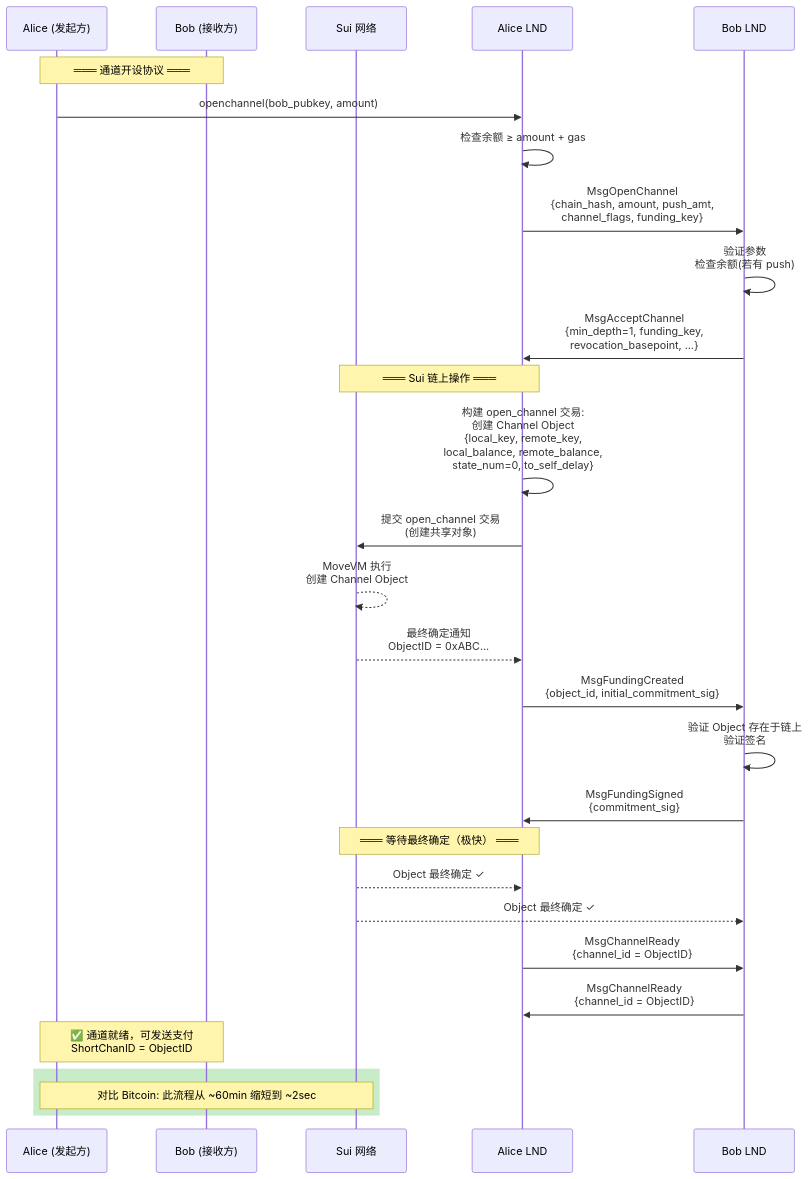
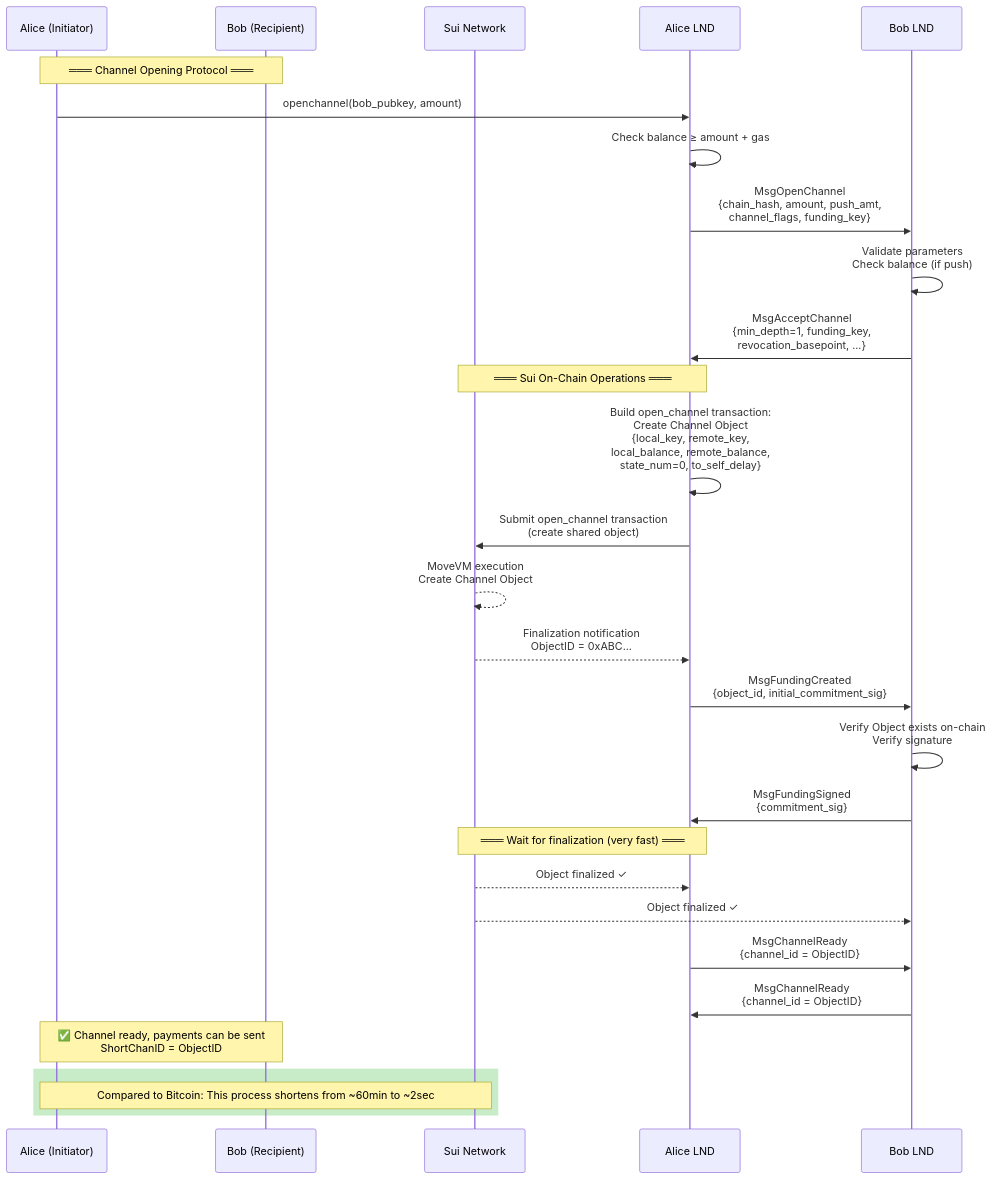
The fourth of 9 diagrams in 1-refactor-docs/sui/lnd-and-sui-integration.md (loka-network/loka-p2p-lnd), drawn with Mermaid before and after one commit. The commit also changed other lines of this file and 12 other files, not shown here.

````diff
--- a/1-refactor-docs/sui/lnd-and-sui-integration.md
+++ b/1-refactor-docs/sui/lnd-and-sui-integration.md
@@ -162,44 +162,44 @@
 ```mermaid
 sequenceDiagram
-    participant Alice as Alice (发起方)
-    participant Bob as Bob (接收方)
-    participant Sui as Sui 网络
+    participant Alice as Alice (Initiator)
+    participant Bob as Bob (Recipient)
+    participant Sui as Sui Network
     participant LND_A as Alice LND
     participant LND_B as Bob LND
 
-    Note over Alice, Bob: ═══ 通道开设协议 ═══
+    Note over Alice, Bob: ═══ Channel Opening Protocol ═══
 
     Alice->>LND_A: openchannel(bob_pubkey, amount)
-    LND_A->>LND_A: 检查余额 ≥ amount + gas
+    LND_A->>LND_A: Check balance ≥ amount + gas
     LND_A->>LND_B: MsgOpenChannel<br/>{chain_hash, amount, push_amt,<br/>channel_flags, funding_key}
 
-    LND_B->>LND_B: 验证参数<br/>检查余额(若有 push)
+    LND_B->>LND_B: Validate parameters<br/>Check balance (if push)
     LND_B->>LND_A: MsgAcceptChannel<br/>{min_depth=1, funding_key,<br/>revocation_basepoint, ...}
 
-    Note over LND_A, Sui: ═══ Sui 链上操作 ═══
+    Note over LND_A, Sui: ═══ Sui On-Chain Operations ═══
 
-    LND_A->>LND_A: 构建 open_channel 交易:<br/>创建 Channel Object<br/>{local_key, remote_key,<br/>local_balance, remote_balance,<br/>state_num=0, to_self_delay}
+    LND_A->>LND_A: Build open_channel transaction:<br/>Create Channel Object<br/>{local_key, remote_key,<br/>local_balance, remote_balance,<br/>state_num=0, to_self_delay}
 
-    LND_A->>Sui: 提交 open_channel 交易<br/>(创建共享对象)
-    Sui-->>Sui: MoveVM 执行<br/>创建 Channel Object
-    Sui-->>LND_A: 最终确定通知<br/>ObjectID = 0xABC...
+    LND_A->>Sui: Submit open_channel transaction<br/>(create shared object)
+    Sui-->>Sui: MoveVM execution<br/>Create Channel Object
+    Sui-->>LND_A: Finalization notification<br/>ObjectID = 0xABC...
 
     LND_A->>LND_B: MsgFundingCreated<br/>{object_id, initial_commitment_sig}
 
-    LND_B->>LND_B: 验证 Object 存在于链上<br/>验证签名
+    LND_B->>LND_B: Verify Object exists on-chain<br/>Verify signature
     LND_B->>LND_A: MsgFundingSigned<br/>{commitment_sig}
 
-    Note over LND_A, Sui: ═══ 等待最终确定（极快） ═══
+    Note over LND_A, Sui: ═══ Wait for finalization (very fast) ═══
 
-    Sui-->>LND_A: Object 最终确定 ✓
-    Sui-->>LND_B: Object 最终确定 ✓
+    Sui-->>LND_A: Object finalized ✓
+    Sui-->>LND_B: Object finalized ✓
 
     LND_A->>LND_B: MsgChannelReady<br/>{channel_id = ObjectID}
     LND_B->>LND_A: MsgChannelReady<br/>{channel_id = ObjectID}
 
-    Note over Alice, Bob: ✅ 通道就绪，可发送支付<br/>ShortChanID = ObjectID
+    Note over Alice, Bob: ✅ Channel ready, payments can be sent<br/>ShortChanID = ObjectID
 
     rect rgb(200, 235, 200)
-        Note over Alice, Sui: 对比 Bitcoin: 此流程从 ~60min 缩短到 ~2sec
+        Note over Alice, Sui: Compared to Bitcoin: This process shortens from ~60min to ~2sec
     end
 ```
````
